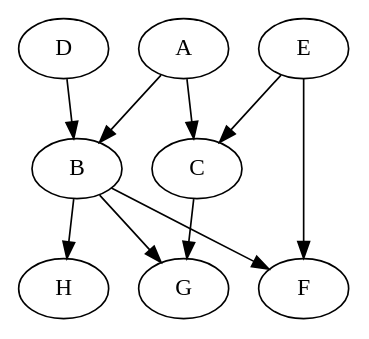
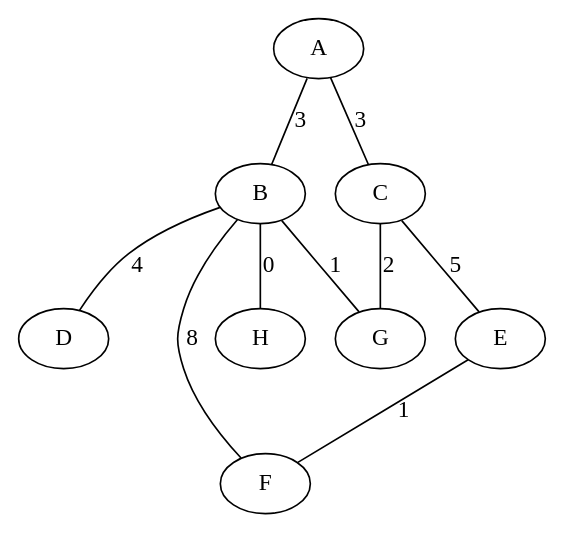
One commit to lrodrin/TFG changed the diagram in src/create_example_graph.dot. Above: the diagram before and after it, drawn with Graphviz. The commit also changed 2 other files, not shown here.

```diff
--- a/src/create_example_graph.dot
+++ b/src/create_example_graph.dot
@@ -1,19 +1,19 @@
-strict digraph "" {
+strict graph "" {
 A;
 B;
 C;
 D;
 E;
 F;
 H;
 G;
-A -> B;
-A -> C;
-B -> H;
-B -> G;
-B -> F;
-C -> G;
-D -> B;
-E -> C;
-E -> F;
+A -- B  [label=3];
+A -- C  [label=3];
+B -- D  [label=4];
+B -- H  [label=0];
+B -- G  [label=1];
+B -- F  [label=8];
+C -- E  [label=5];
+C -- G  [label=2];
+E -- F  [label=1];
 }
```
